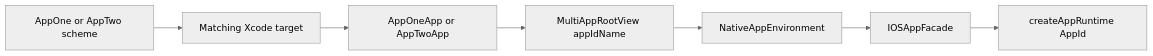
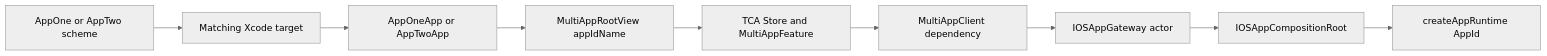
One commit to a-e-s-h-m-a/kmp-multi-app changed the fifth of 8 diagrams in README.md. Above: the diagram before and after it, drawn with Mermaid (neutral theme). The commit also changed other lines of this file and 19 other files, not shown here.

````diff
--- a/README.md
+++ b/README.md
@@ -593,9 +619,11 @@
 ```mermaid
 flowchart LR
     Scheme["AppOne or AppTwo scheme"] --> Target["Matching Xcode target"]
     Target --> Entry["AppOneApp or AppTwoApp"]
     Entry --> Root["MultiAppRootView appIdName"]
-    Root --> Environment["NativeAppEnvironment"]
-    Environment --> Facade["IOSAppFacade"]
-    Facade --> Runtime["createAppRuntime AppId"]
+    Root --> Store["TCA Store and MultiAppFeature"]
+    Store --> Client["MultiAppClient dependency"]
+    Client --> Gateway["IOSAppGateway actor"]
+    Gateway --> Composition["IOSAppCompositionRoot"]
+    Composition --> Runtime["createAppRuntime AppId"]
 ```
````
